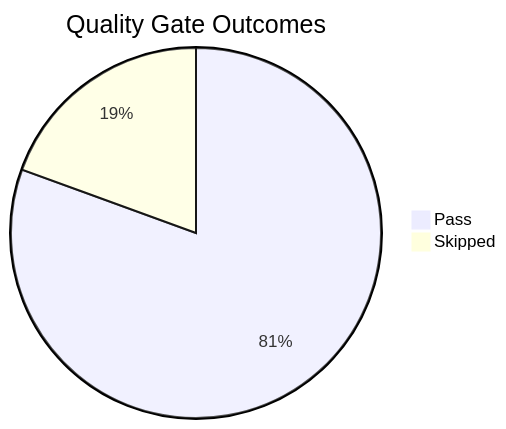
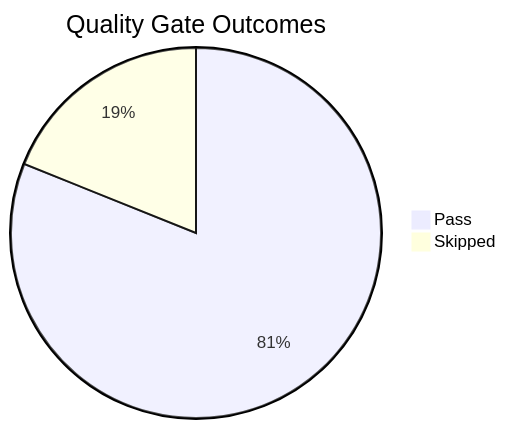
The diagram in docs/meta/golden-status.md (yeongseon/azure-app-service-practical-guide), drawn with Mermaid before and after one commit. The commit also changed other lines of this file and 1 other file, not shown here.

````diff
--- a/docs/meta/golden-status.md
+++ b/docs/meta/golden-status.md
@@ -42,5 +42,5 @@
 ```mermaid
 pie title Quality Gate Outcomes
-    "Pass" : 29
+    "Pass" : 30
     "Skipped" : 7
 ```
````
